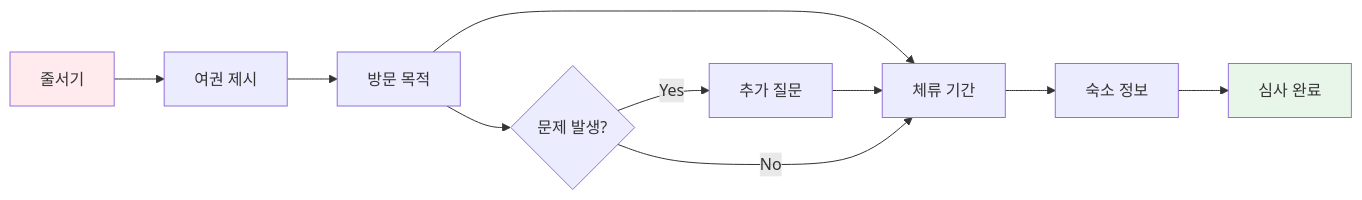
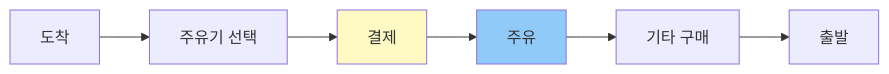
Before and after one commit to Collegenie-X/AI-English: diagram 16 of 26 in 영어_일상_회화/travel-english-conversations.md, drawn with Mermaid. The commit also changed other lines of this file and 43 other files, not shown here.

````diff
--- a/영어_일상_회화/travel-english-conversations.md
+++ b/영어_일상_회화/travel-english-conversations.md
@@ -331,16 +1725,11 @@
 ```mermaid
 flowchart LR
-    A[줄서기] --> B[여권 제시]
-    B --> C[방문 목적]
-    C --> D[체류 기간]
-    D --> E[숙소 정보]
-    E --> F[심사 완료]
+    A[도착] --> B[주유기 선택]
+    B --> C[결제]
+    C --> D[주유]
+    D --> E[기타 구매]
+    E --> F[출발]
     
-    C --> C1{문제 발생?}
-    C1 --> |Yes| C2[추가 질문]
-    C2 --> D
-    C1 --> |No| D
-    
-    style A fill:#ffebee
-    style F fill:#e8f5e9
+    style C fill:#fff9c4
+    style D fill:#90caf9
 ```
````
